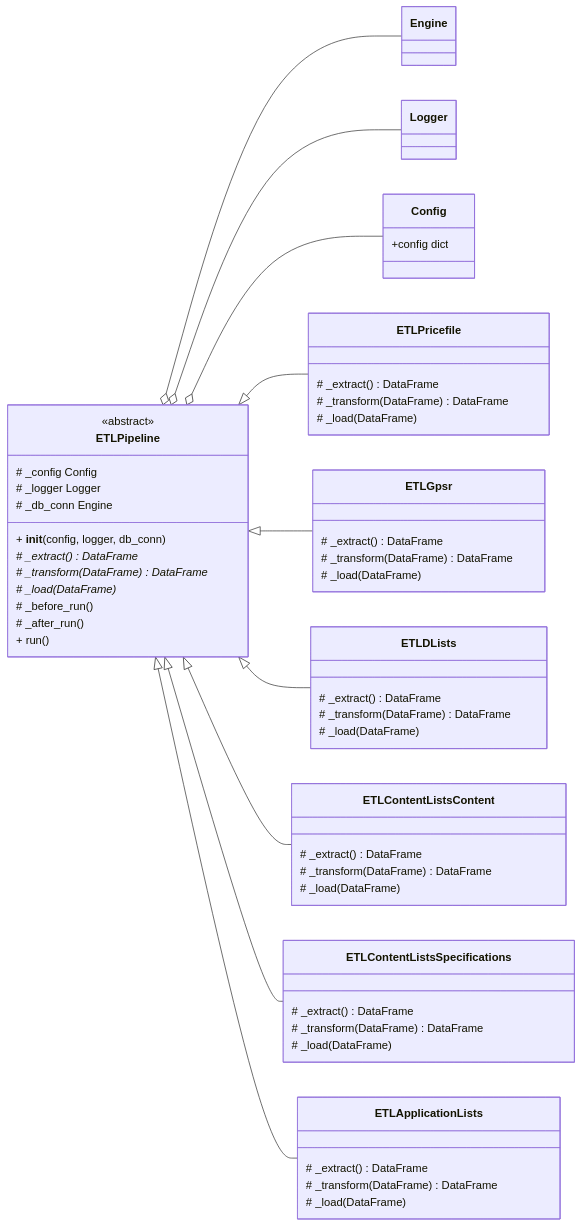
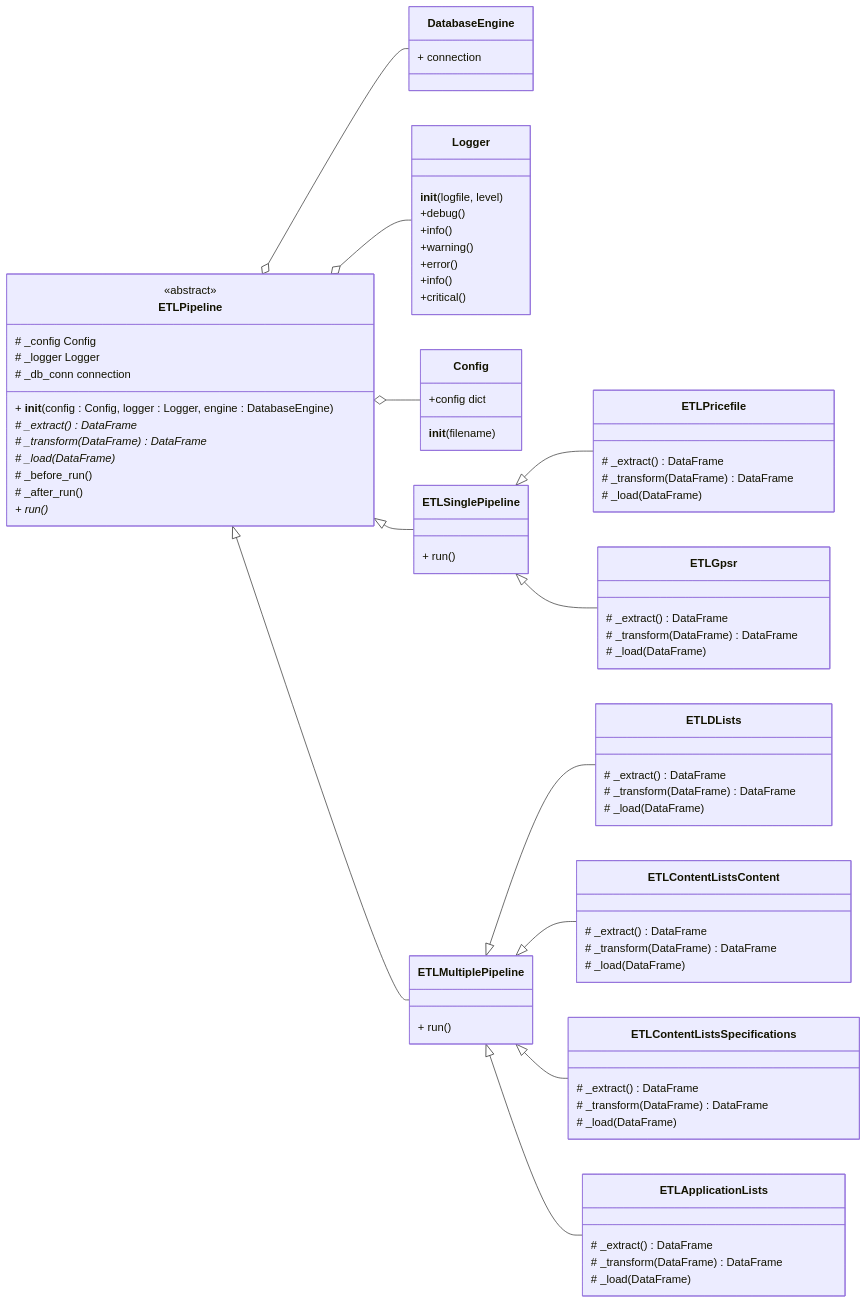
The diagram in docs/uml-klassendiagramm.md (teses/python_cc_fsm2_kw28_etl), drawn with Mermaid before and after one commit. The commit also changed 9 other files, not shown here.

````diff
--- a/docs/uml-klassendiagramm.md
+++ b/docs/uml-klassendiagramm.md
@@ -5,9 +5,20 @@
 classDiagram   
 direction LR
 
-class Engine { }
-class Logger { }
+class DatabaseEngine { 
+    + connection
+}
+class Logger { 
+    __init__(logfile, level)
+    +debug()
+    +info()
+    +warning()
+    +error()
+    +info()
+    +critical()
+}
 class Config { 
+    __init__(filename)
     +config dict
 }
 
@@ -16,9 +27,9 @@
     <<abstract>>
     # _config Config
     # _logger Logger
-    # _db_conn Engine
+    # _db_conn connection
     
-    + __init__(config, logger, db_conn)
+    + __init__(config : Config, logger : Logger, engine : DatabaseEngine)
     
     # _extract()* DataFrame 
     # _transform(DataFrame)* DataFrame
@@ -26,6 +37,16 @@
     
     # _before_run()
     # _after_run()
+    
+    + run()*
+}
+
+class ETLSinglePipeline { 
+    
+    + run()
+}
+
+class ETLMultiplePipeline { 
     
     + run()
 }
@@ -66,15 +87,19 @@
     # _load(DataFrame)
 }
 
-ETLPipeline o-- Engine
+ETLPipeline o-- DatabaseEngine
 ETLPipeline o-- Logger
 ETLPipeline o-- Config
 
-ETLPipeline <|-- ETLPricefile
-ETLPipeline <|-- ETLGpsr
-ETLPipeline <|-- ETLDLists
-ETLPipeline <|-- ETLContentListsContent
-ETLPipeline <|-- ETLContentListsSpecifications
-ETLPipeline <|-- ETLApplicationLists
+ETLPipeline <|-- ETLSinglePipeline
+ETLPipeline <|-- ETLMultiplePipeline
 
+ETLSinglePipeline <|-- ETLPricefile
+ETLSinglePipeline <|-- ETLGpsr
+
+ETLMultiplePipeline  <|-- ETLDLists
+ETLMultiplePipeline  <|-- ETLContentListsContent
+ETLMultiplePipeline  <|-- ETLContentListsSpecifications
+ETLMultiplePipeline  <|-- ETLApplicationLists
+ 
 ```
````
